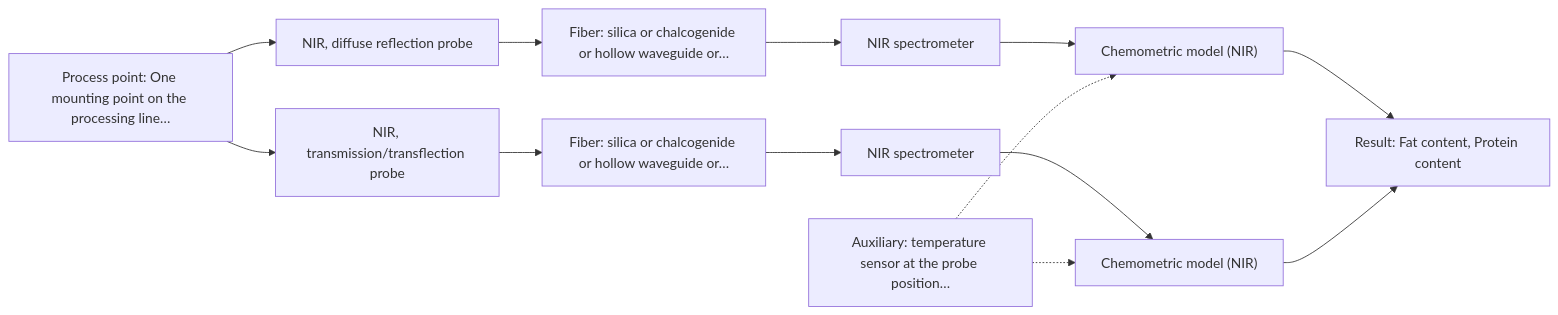
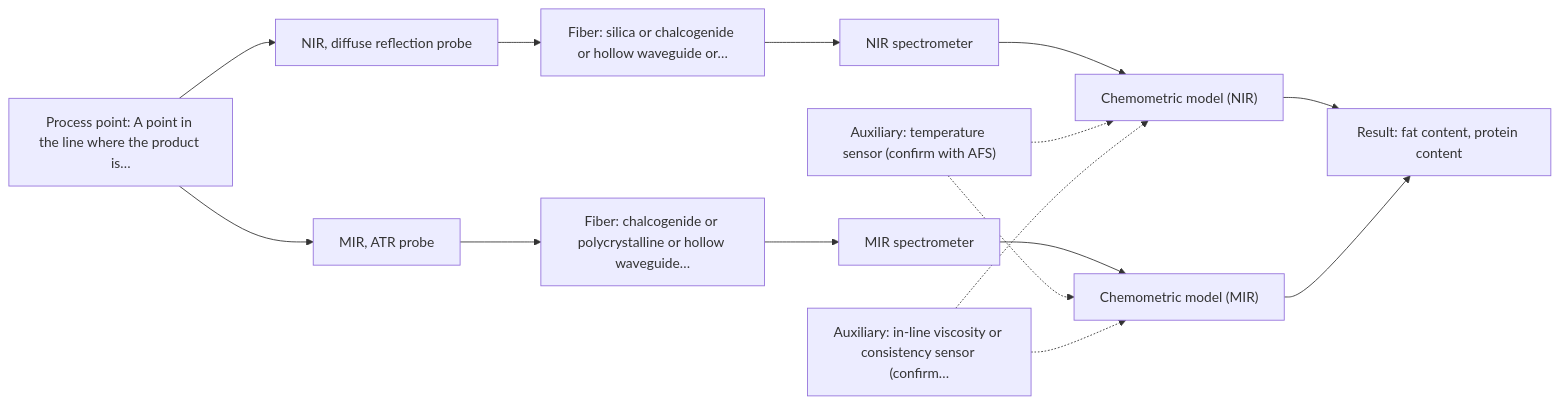
Before and after one commit to sleipnir029/Afs-Spectroscopy-Assistant: the first of 2 diagrams in outputs/dev/D02.md, drawn with Mermaid. The commit also changed other lines of this file and 9 other files, not shown here.

````diff
--- a/outputs/dev/D02.md
+++ b/outputs/dev/D02.md
@@ -38,26 +38,29 @@
 ```mermaid
 flowchart LR
-    proc["Process point: One mounting point on the processing line…"]
+    proc["Process point: A point in the line where the product is…"]
     probe1["NIR, diffuse reflection probe"]
     fiber1["Fiber: silica or chalcogenide or hollow waveguide or…"]
     spec1["NIR spectrometer"]
     model1["Chemometric model (NIR)"]
-    probe2["NIR, transmission/transflection probe"]
-    fiber2["Fiber: silica or chalcogenide or hollow waveguide or…"]
-    spec2["NIR spectrometer"]
-    model2["Chemometric model (NIR)"]
-    result["Result: Fat content, Protein content"]
-    aux1["Auxiliary: temperature sensor at the probe position…"]
+    probe2["MIR, ATR probe"]
+    fiber2["Fiber: chalcogenide or polycrystalline or hollow waveguide…"]
+    spec2["MIR spectrometer"]
+    model2["Chemometric model (MIR)"]
+    result["Result: fat content, protein content"]
+    aux1["Auxiliary: temperature sensor (confirm with AFS)"]
+    aux2["Auxiliary: in-line viscosity or consistency sensor (confirm…"]
     proc --> probe1
     probe1 --> fiber1
     fiber1 --> spec1
     spec1 --> model1
     proc --> probe2
     probe2 --> fiber2
     fiber2 --> spec2
     spec2 --> model2
     model1 --> result
     model2 --> result
     aux1 -.-> model1
     aux1 -.-> model2
+    aux2 -.-> model1
+    aux2 -.-> model2
 ```
````
